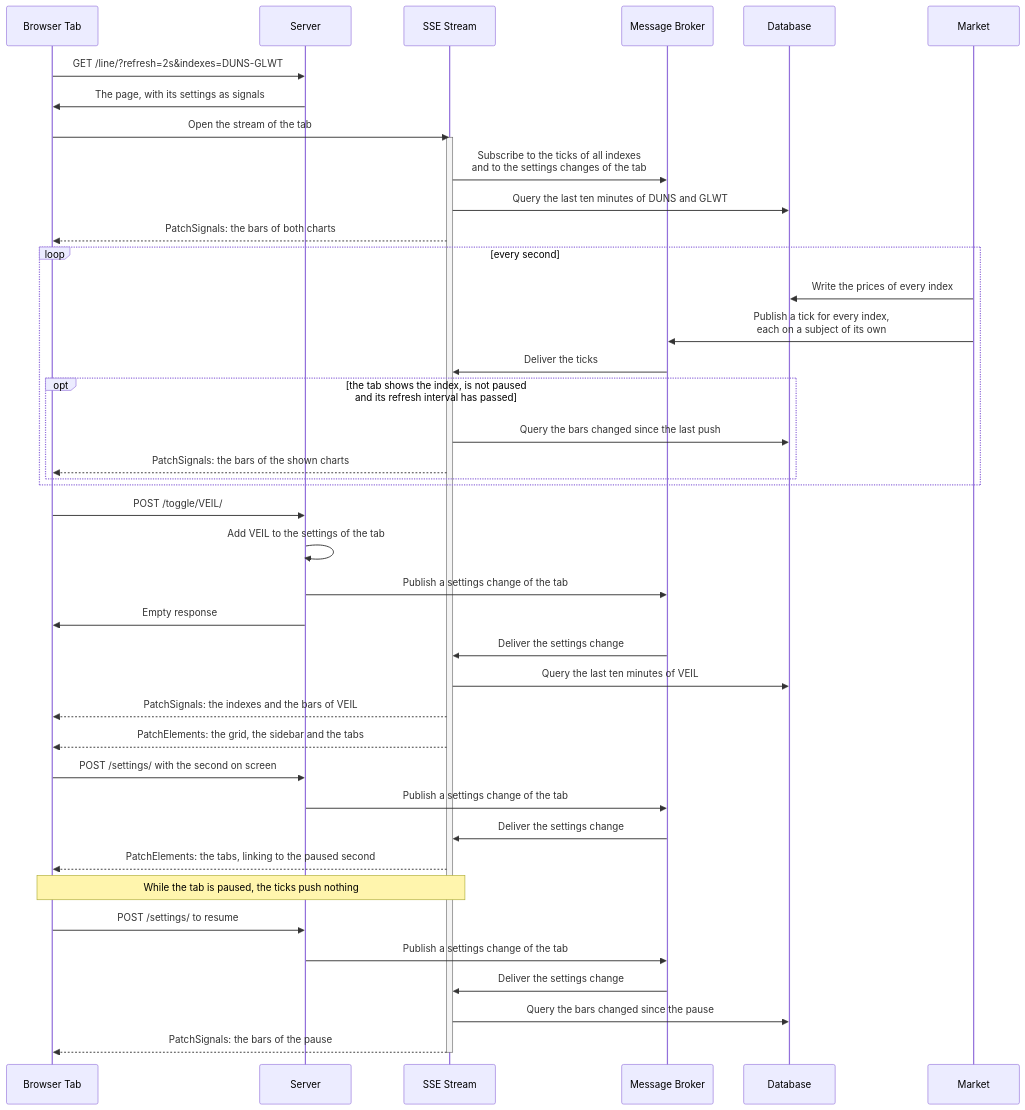
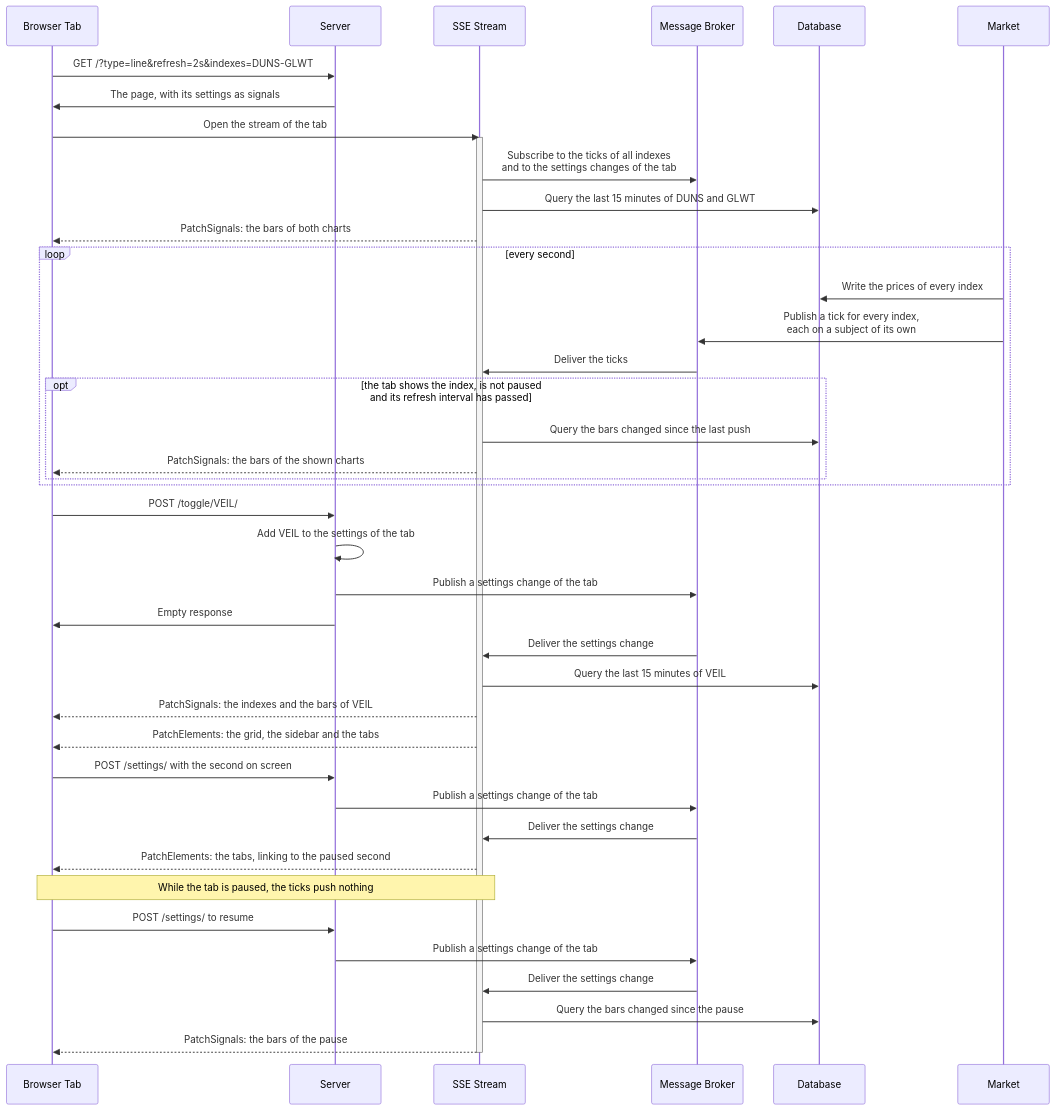
Before and after one commit to romshark/datapages: the second of 2 diagrams in example/realtime-charts/README.md, drawn with Mermaid. The commit also changed other lines of this file and 119 other files, not shown here.

````diff
--- a/example/realtime-charts/README.md
+++ b/example/realtime-charts/README.md
@@ -97,50 +107,50 @@
 ```mermaid
 sequenceDiagram
     participant B as Browser Tab
     participant S as Server
     participant T as SSE Stream
     participant N as Message Broker
     participant D as Database
     participant M as Market
 
-    B->>S: GET /line/?refresh=2s&indexes=DUNS-GLWT
+    B->>S: GET /?type=line&refresh=2s&indexes=DUNS-GLWT
     S->>B: The page, with its settings as signals
 
     B->>T: Open the stream of the tab
     activate T
     T->>N: Subscribe to the ticks of all indexes<br/>and to the settings changes of the tab
-    T->>D: Query the last ten minutes of DUNS and GLWT
+    T->>D: Query the last 15 minutes of DUNS and GLWT
     T-->>B: PatchSignals: the bars of both charts
 
     loop every second
         M->>D: Write the prices of every index
         M->>N: Publish a tick for every index,<br/>each on a subject of its own
         N->>T: Deliver the ticks
         opt the tab shows the index, is not paused<br/>and its refresh interval has passed
             T->>D: Query the bars changed since the last push
             T-->>B: PatchSignals: the bars of the shown charts
         end
     end
 
     B->>S: POST /toggle/VEIL/
     S->>S: Add VEIL to the settings of the tab
     S->>N: Publish a settings change of the tab
     S->>B: Empty response
     N->>T: Deliver the settings change
-    T->>D: Query the last ten minutes of VEIL
+    T->>D: Query the last 15 minutes of VEIL
     T-->>B: PatchSignals: the indexes and the bars of VEIL
     T-->>B: PatchElements: the grid, the sidebar and the tabs
 
     B->>S: POST /settings/ with the second on screen
     S->>N: Publish a settings change of the tab
     N->>T: Deliver the settings change
     T-->>B: PatchElements: the tabs, linking to the paused second
     Note over B,T: While the tab is paused, the ticks push nothing
 
     B->>S: POST /settings/ to resume
     S->>N: Publish a settings change of the tab
     N->>T: Deliver the settings change
     T->>D: Query the bars changed since the pause
     T-->>B: PatchSignals: the bars of the pause
     deactivate T
 ```
````
